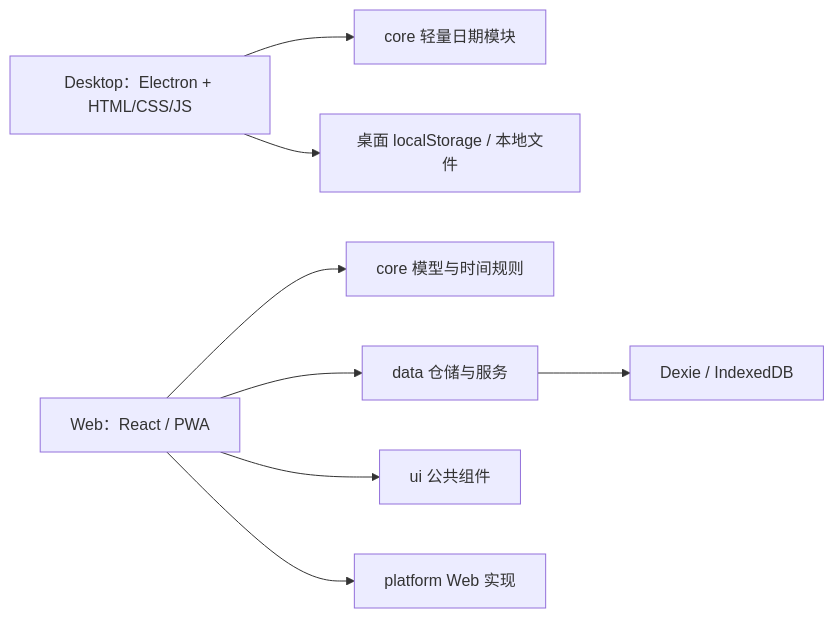
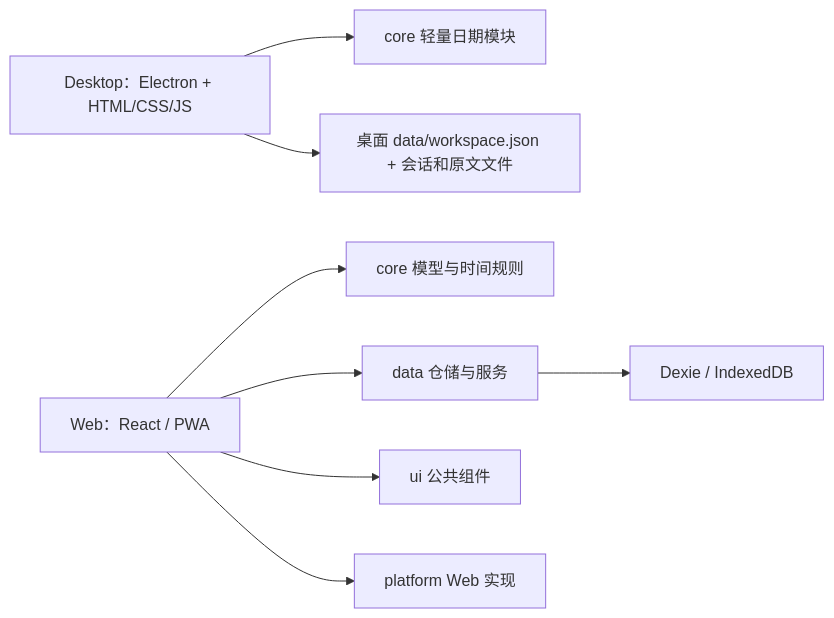
One commit to ArrSk/JeeWeave changed the diagram in README.md. Above: the diagram before and after it, drawn with Mermaid. The commit also changed other lines of this file and 62 other files, not shown here.

Commit message:
feat(desktop): release 0.2.0 calendar and portable workspace

````diff
--- a/README.md
+++ b/README.md
@@ -41,9 +45,9 @@
 ```mermaid
 flowchart LR
   Desktop["Desktop：Electron + HTML/CSS/JS"] --> Calendar["core 轻量日期模块"]
-  Desktop --> Local["桌面 localStorage / 本地文件"]
+  Desktop --> Local["桌面 data/workspace.json + 会话和原文文件"]
   Web["Web：React / PWA"] --> Core["core 模型与时间规则"]
   Web --> Data["data 仓储与服务"] --> IndexedDB["Dexie / IndexedDB"]
   Web --> UI["ui 公共组件"]
   Web --> Platform["platform Web 实现"]
 ```
````
